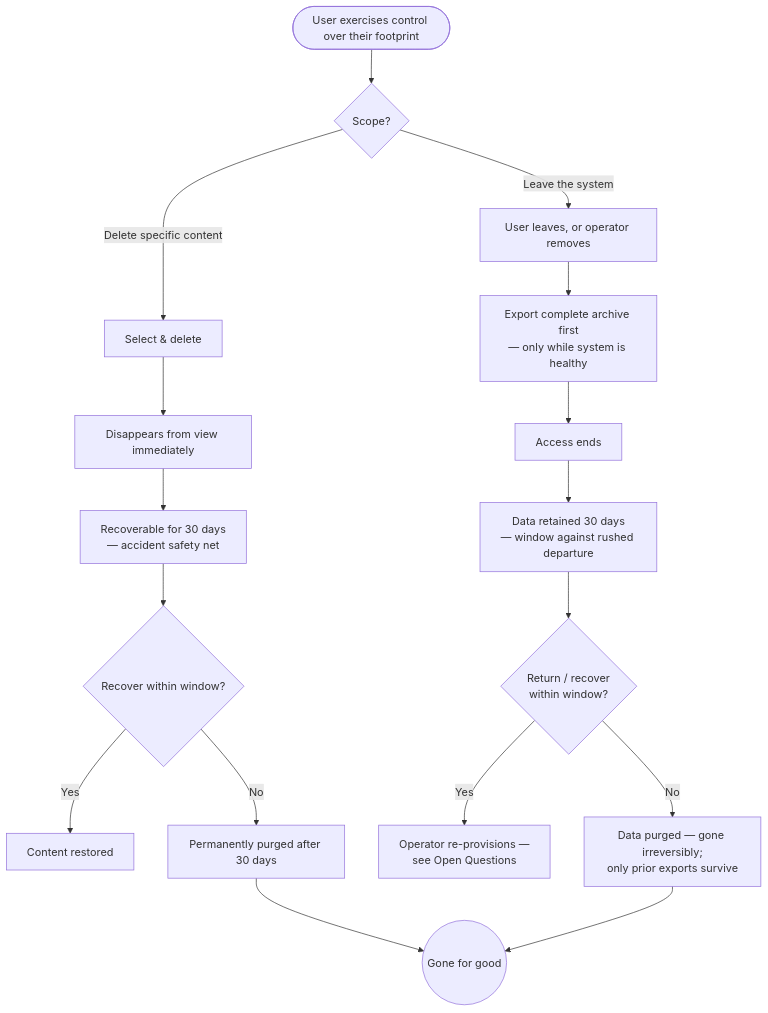
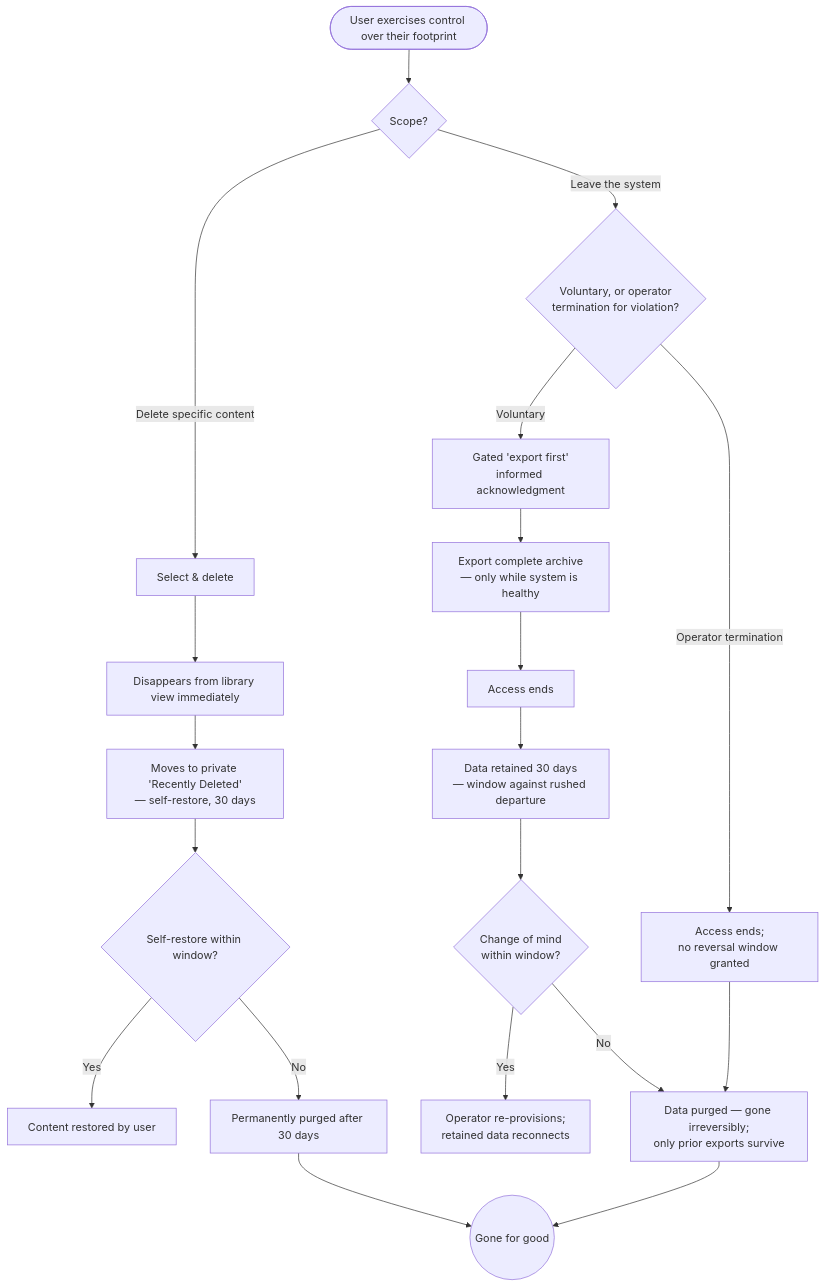
One commit to Zaba505/infra changed the diagram in docs/content/capabilities/self-hosted-personal-media-storage/user-experiences/delete-content-and-leave.md. Above: the diagram before and after it, drawn with Mermaid. The commit also changed other lines of this file, not shown here.

Commit message:
story(issue-844): resolve open questions for deleting content and leaving (#852)

````diff
--- a/docs/content/capabilities/self-hosted-personal-media-storage/user-experiences/delete-content-and-leave.md
+++ b/docs/content/capabilities/self-hosted-personal-media-storage/user-experiences/delete-content-and-leave.md
@@ -53,22 +53,25 @@
 ```mermaid
 flowchart TD
     Start([User exercises control over their footprint]) --> Scope{Scope?}
 
     Scope -->|Delete specific content| D1[Select & delete]
-    D1 --> D2[Disappears from view immediately]
-    D2 --> D3[Recoverable for 30 days<br/>— accident safety net]
-    D3 --> D4{Recover within window?}
-    D4 -->|Yes| Restored[Content restored]
+    D1 --> D2[Disappears from library view immediately]
+    D2 --> D3[Moves to private 'Recently Deleted'<br/>— self-restore, 30 days]
+    D3 --> D4{Self-restore within window?}
+    D4 -->|Yes| Restored[Content restored by user]
     D4 -->|No| DPurge[Permanently purged after 30 days]
 
-    Scope -->|Leave the system| L1[User leaves, or operator removes]
-    L1 --> L2[Export complete archive first<br/>— only while system is healthy]
+    Scope -->|Leave the system| L0{Voluntary, or operator<br/>termination for violation?}
+    L0 -->|Operator termination| LT[Access ends;<br/>no reversal window granted]
+    L0 -->|Voluntary| L1[Gated 'export first'<br/>informed acknowledgment]
+    L1 --> L2[Export complete archive<br/>— only while system is healthy]
     L2 --> L3[Access ends]
     L3 --> L4[Data retained 30 days<br/>— window against rushed departure]
-    L4 --> L5{Return / recover<br/>within window?}
-    L5 -->|Yes| Reprov[Operator re-provisions —<br/>see Open Questions]
+    L4 --> L5{Change of mind<br/>within window?}
+    L5 -->|Yes| Reprov[Operator re-provisions;<br/>retained data reconnects]
     L5 -->|No| LPurge[Data purged — gone irreversibly;<br/>only prior exports survive]
+    LT --> LPurge
 
     DPurge --> Gone((Gone for good))
     LPurge --> Gone
 ```
````
